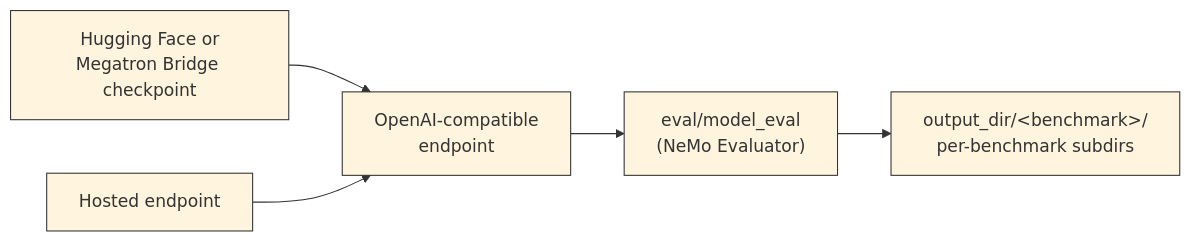
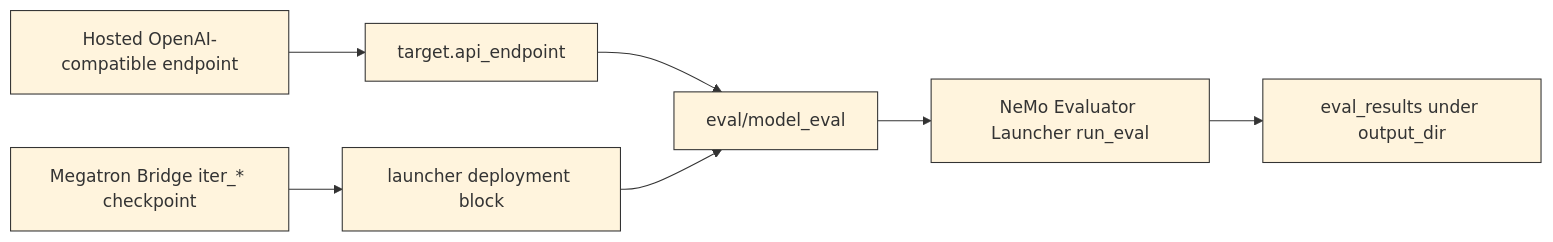
One commit to mikemckiernan/Nemotron changed the diagram in docs/model-eval/explanation/pipeline-overview.md. Above: the diagram before and after it, drawn with Mermaid. The commit also changed other lines of this file and 76 other files, not shown here.

````diff
--- a/docs/model-eval/explanation/pipeline-overview.md
+++ b/docs/model-eval/explanation/pipeline-overview.md
@@ -21,8 +22,10 @@
 ```{mermaid}
 %%{init: {'theme': 'base', 'themeVariables': { 'primaryBorderColor': '#333333', 'lineColor': '#333333', 'primaryTextColor': '#333333', 'clusterBkg': '#ffffff', 'clusterBorder': '#333333'}}}%%
 flowchart LR
-    ckpt["Hugging Face or<br/>Megatron Bridge checkpoint"] --> deploy["OpenAI-compatible<br/>endpoint"]
-    hosted["Hosted endpoint"] --> deploy
-    deploy --> step["eval/model_eval<br/>(NeMo Evaluator)"]
-    step --> results["output_dir/&lt;benchmark&gt;/<br/>per-benchmark subdirs"]
+    hosted["Hosted OpenAI-compatible endpoint"] --> cfg["target.api_endpoint"]
+    ckpt["Megatron Bridge iter_* checkpoint"] --> deploy["launcher deployment block"]
+    cfg --> step["eval/model_eval"]
+    deploy --> step
+    step --> launcher["NeMo Evaluator Launcher run_eval"]
+    launcher --> results["eval_results under output_dir"]
 ```
````
